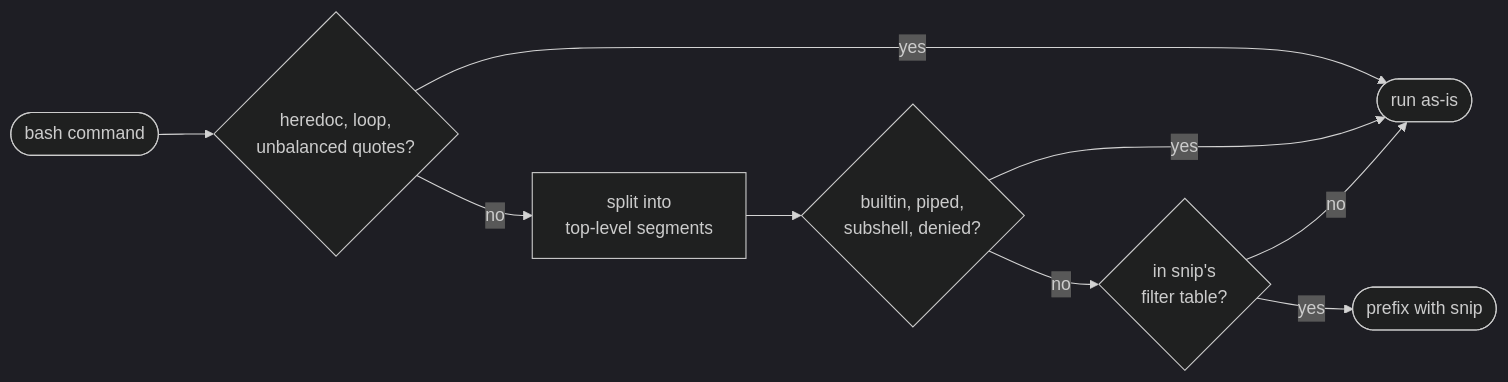
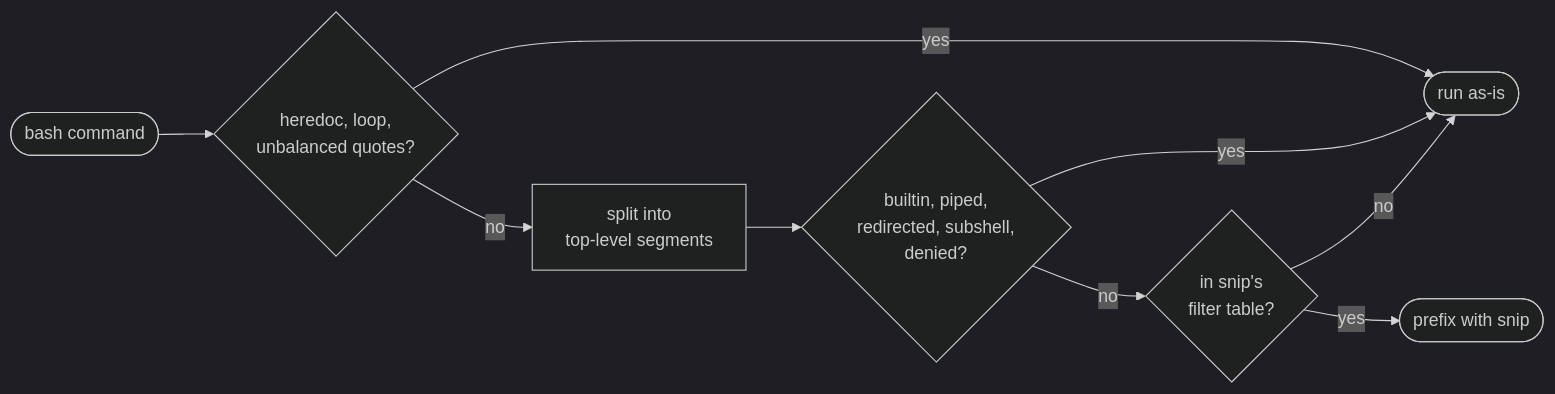
Before and after one commit to carson2222/opencode-smartsnip: the diagram in README.md, drawn with Mermaid (dark theme). The commit also changed other lines of this file and 7 other files, not shown here.

````diff
--- a/README.md
+++ b/README.md
@@ -73,11 +73,11 @@
 ```mermaid
 flowchart LR
     A([bash command]) --> B{heredoc, loop,<br>unbalanced quotes?}
     B -- yes --> P([run as-is])
     B -- no --> C[split into<br>top-level segments]
-    C --> D{builtin, piped,<br>subshell, denied?}
+    C --> D{builtin, piped,<br>redirected, subshell,<br>denied?}
     D -- yes --> P
     D -- no --> E{in snip's<br>filter table?}
     E -- no --> P
     E -- yes --> W([prefix with snip])
 ```
````
